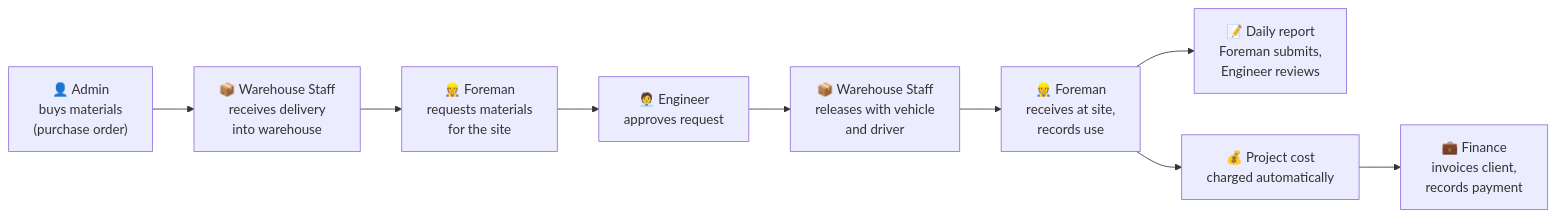
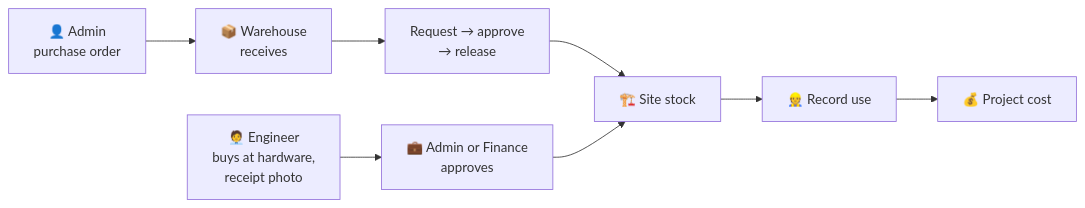
Before and after one commit to nognogenterprisesbusiness-prog/erp-system: the first of 3 diagrams in TESTING-GUIDE.md, drawn with Mermaid. The commit also changed other lines of this file and 36 other files, not shown here.

First line of the commit message:
Add site purchases, remove duplicate entry paths, show stores in stock tables

````diff
--- a/TESTING-GUIDE.md
+++ b/TESTING-GUIDE.md
@@ -12,11 +20,10 @@
 ```mermaid
 flowchart LR
-    A["👤 Admin<br/>buys materials<br/>(purchase order)"] --> W1["📦 Warehouse Staff<br/>receives delivery<br/>into warehouse"]
-    W1 --> F1["👷 Foreman<br/>requests materials<br/>for the site"]
-    F1 --> E["🧑‍💼 Engineer<br/>approves request"]
-    E --> W2["📦 Warehouse Staff<br/>releases with vehicle<br/>and driver"]
-    W2 --> F2["👷 Foreman<br/>receives at site,<br/>records use"]
-    F2 --> R["📝 Daily report<br/>Foreman submits,<br/>Engineer reviews"]
-    F2 --> C["💰 Project cost<br/>charged automatically"]
-    C --> FI["💼 Finance<br/>invoices client,<br/>records payment"]
+    A["👤 Admin<br/>purchase order"] --> W["📦 Warehouse<br/>receives"]
+    W --> R["Request → approve<br/>→ release"]
+    R --> S["🏗️ Site stock"]
+    H["🧑‍💼 Engineer<br/>buys at hardware,<br/>receipt photo"] --> AP["💼 Admin or Finance<br/>approves"]
+    AP --> S
+    S --> U["👷 Record use"]
+    U --> C["💰 Project cost"]
 ```
````
